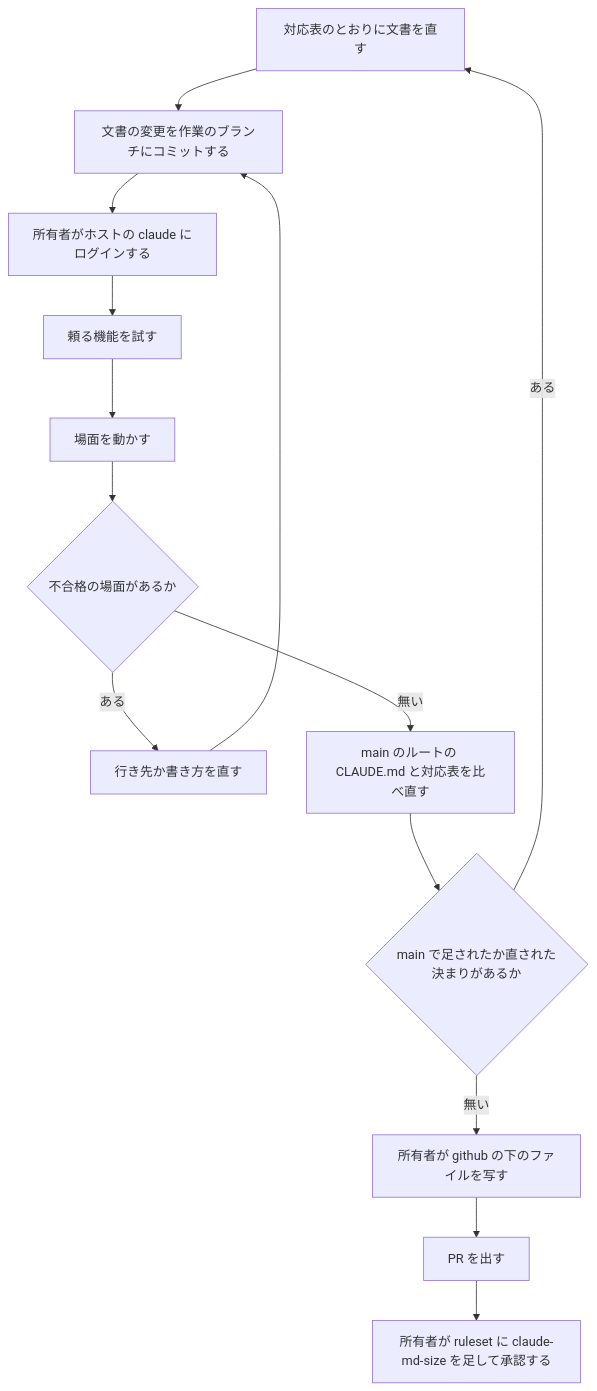
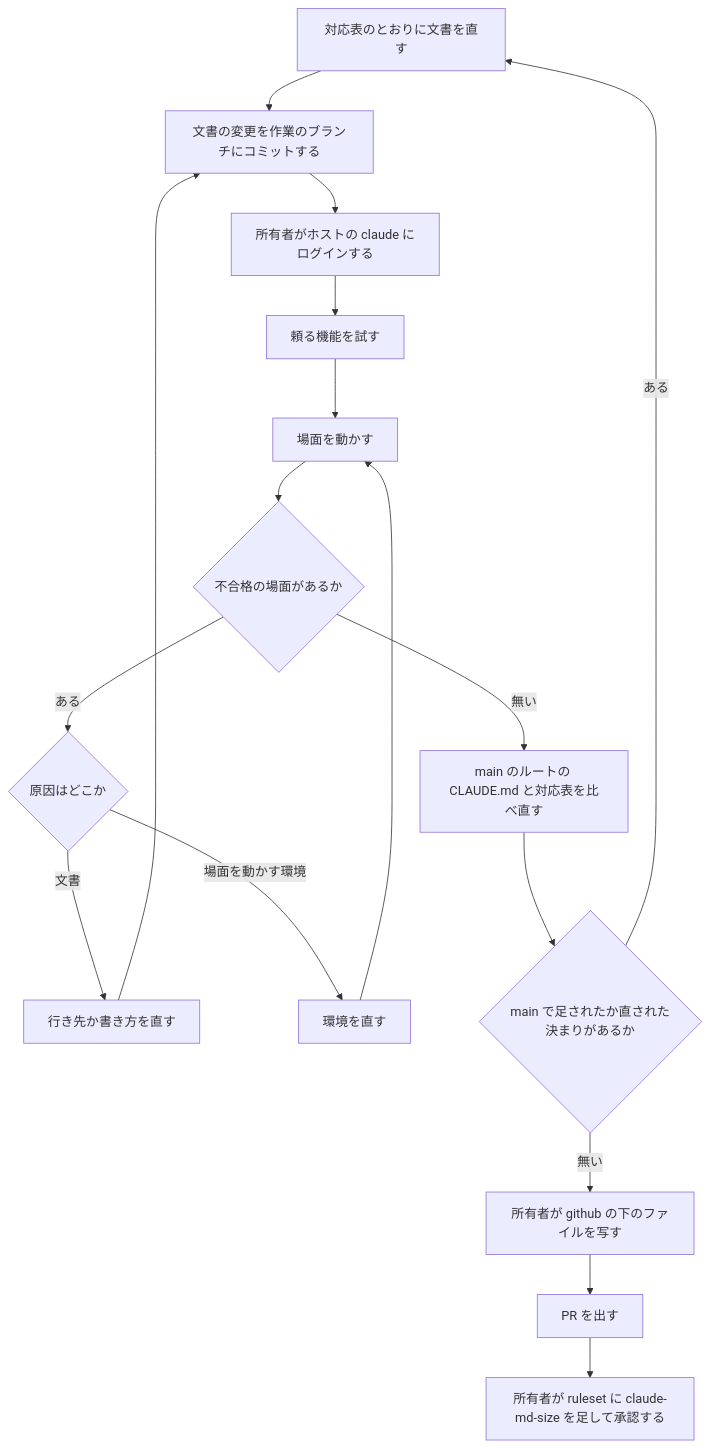
The second of 2 diagrams in .kiro/specs/root-claude-md-slimming/design.md (DogisRiki/KeirekiPro), drawn with Mermaid before and after one commit. The commit also changed other lines of this file and 4 other files, not shown here.

````diff
--- a/.kiro/specs/root-claude-md-slimming/design.md
+++ b/.kiro/specs/root-claude-md-slimming/design.md
@@ -134,16 +134,19 @@
 ```mermaid
 flowchart TD
     A[対応表のとおりに文書を直す] --> B[文書の変更を作業のブランチにコミットする]
     B --> P[所有者がホストの claude にログインする]
     P --> Q[頼る機能を試す]
     Q --> C[場面を動かす]
     C --> D{不合格の場面があるか}
-    D -->|ある| E[行き先か書き方を直す]
+    D -->|ある| K{原因はどこか}
+    K -->|文書| E[行き先か書き方を直す]
     E --> B
+    K -->|場面を動かす環境| L[環境を直す]
+    L --> C
     D -->|無い| F[main のルートの CLAUDE.md と対応表を比べ直す]
     F --> G{main で足されたか直された決まりがあるか}
     G -->|ある| A
     G -->|無い| H[所有者が github の下のファイルを写す]
     H --> I[PR を出す]
     I --> J[所有者が ruleset に claude-md-size を足して承認する]
 ```
````
